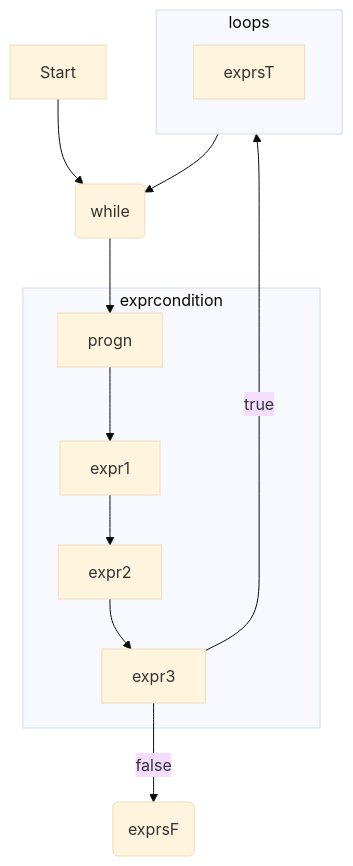
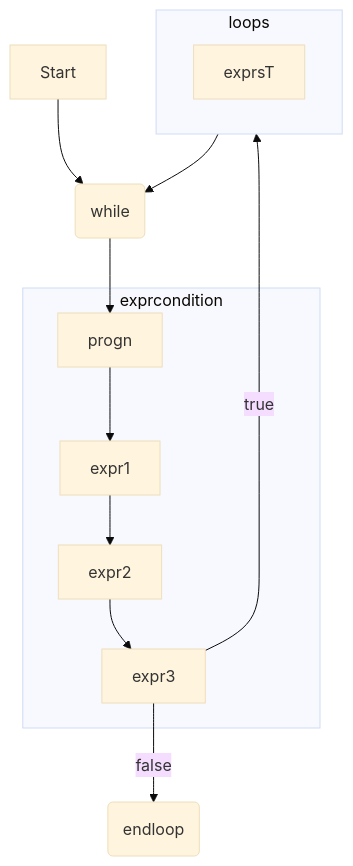
One commit to atlisp-org/atlisp-docs changed the fourth of 4 diagrams in Lisp进阶/lisp.org. Above: the diagram before and after it, drawn with Mermaid (base theme).

Commit message:
progn while

```diff
--- a/Lisp进阶/lisp.org
+++ b/Lisp进阶/lisp.org
@@ -119,14 +119,14 @@
  #+begin_src mermaid
 
    flowchart TD
       Start --> A(while)   
       A --> progn   
       subgraph exprcondition
           progn -->  expr1 --> expr2 --> expr3
       end
       subgraph loops
           exprsT
       end       
       expr3 -->|true| loops --> A
-      expr3 -->|false| Z(exprsF)  
+      expr3 -->|false| Z(endloop)  
  #+end_src
```
